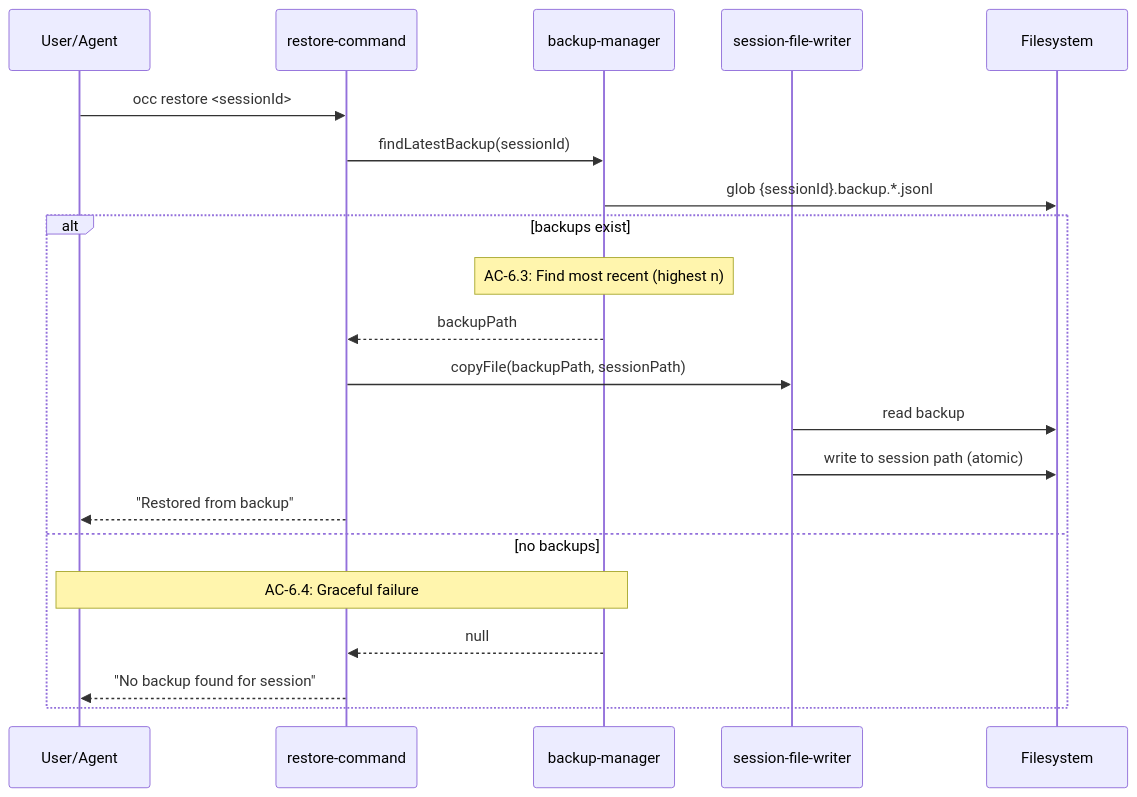
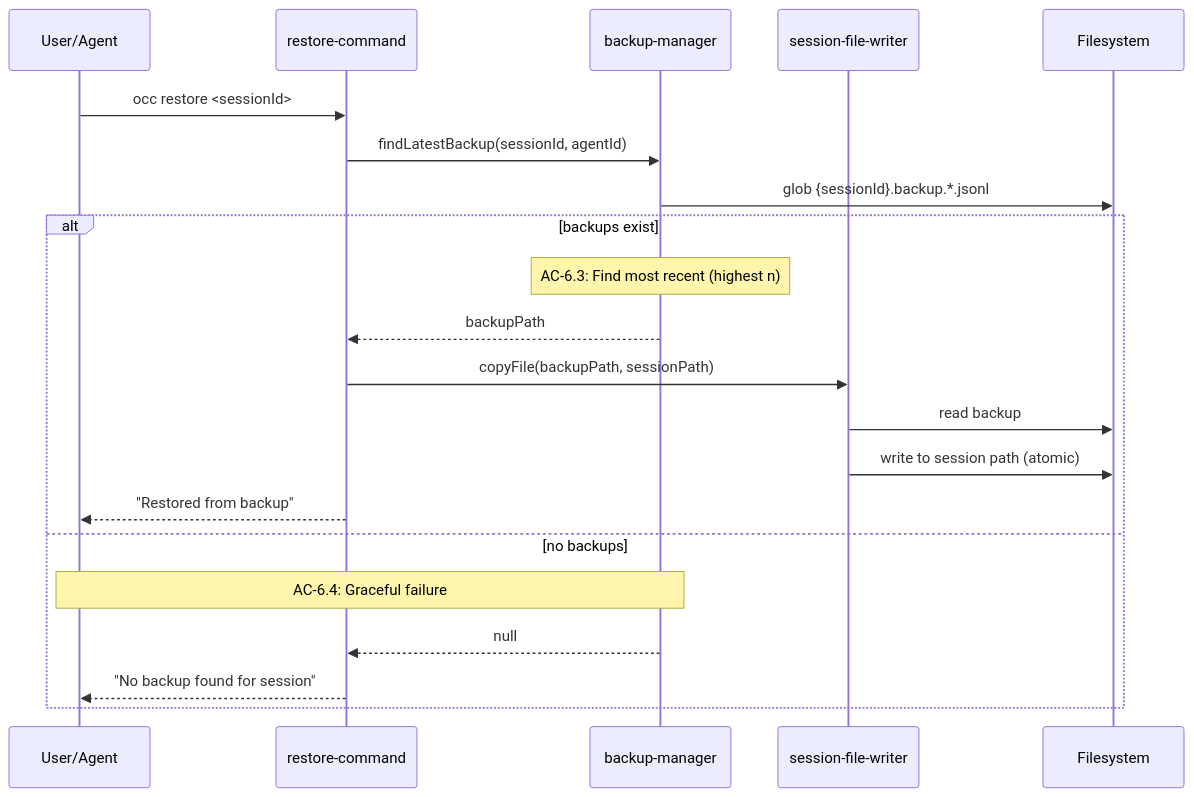
Before and after one commit to liminal-ai/oc-context-cleaner: the fifth of 6 diagrams in docs/tech-design.md, drawn with Mermaid. The commit also changed other lines of this file and 76 other files, not shown here.

````diff
--- a/docs/tech-design.md
+++ b/docs/tech-design.md
@@ -672,25 +672,25 @@
 ```mermaid
 sequenceDiagram
     participant User as User/Agent
     participant CLI as restore-command
     participant Backup as backup-manager
     participant IO as session-file-writer
     participant FS as Filesystem
 
     User->>CLI: occ restore <sessionId>
-    CLI->>Backup: findLatestBackup(sessionId)
+    CLI->>Backup: findLatestBackup(sessionId, agentId)
     Backup->>FS: glob {sessionId}.backup.*.jsonl
 
     alt backups exist
         Note over Backup: AC-6.3: Find most recent (highest n)
         Backup-->>CLI: backupPath
         CLI->>IO: copyFile(backupPath, sessionPath)
         IO->>FS: read backup
         IO->>FS: write to session path (atomic)
         CLI-->>User: "Restored from backup"
     else no backups
         Note over Backup,User: AC-6.4: Graceful failure
         Backup-->>CLI: null
         CLI-->>User: "No backup found for session"
     end
 ```
````
